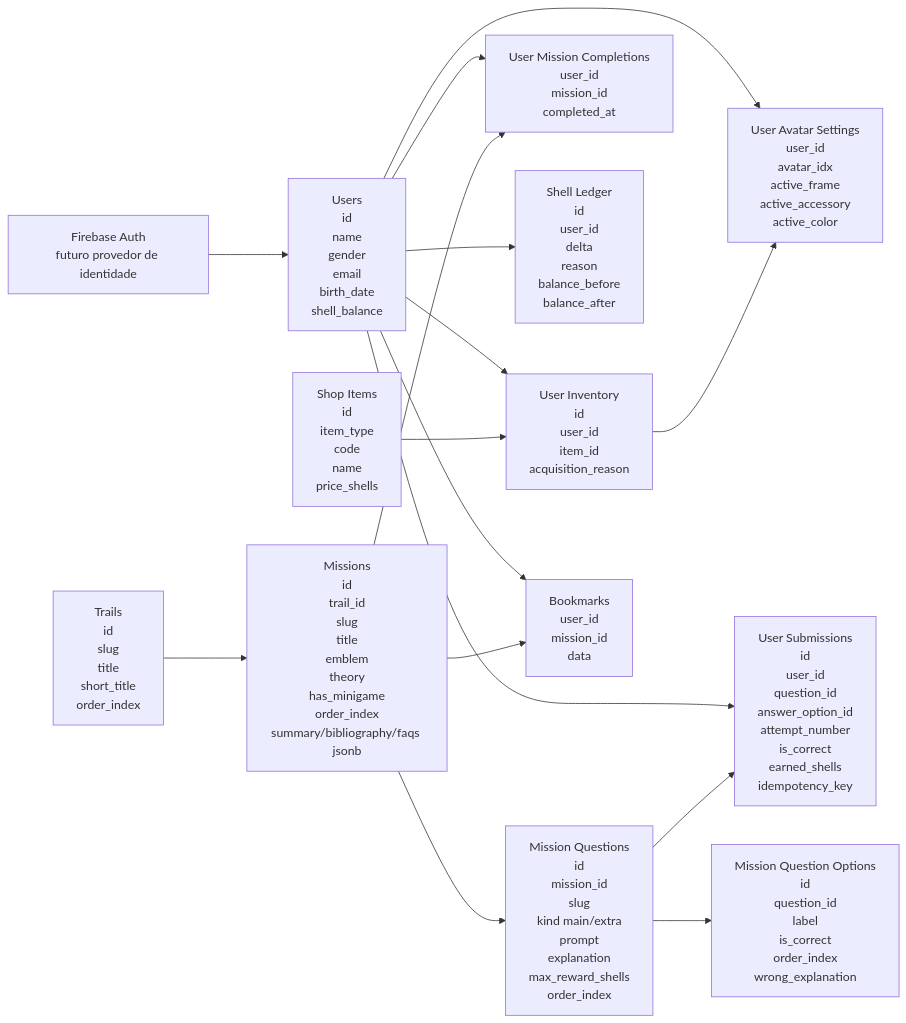
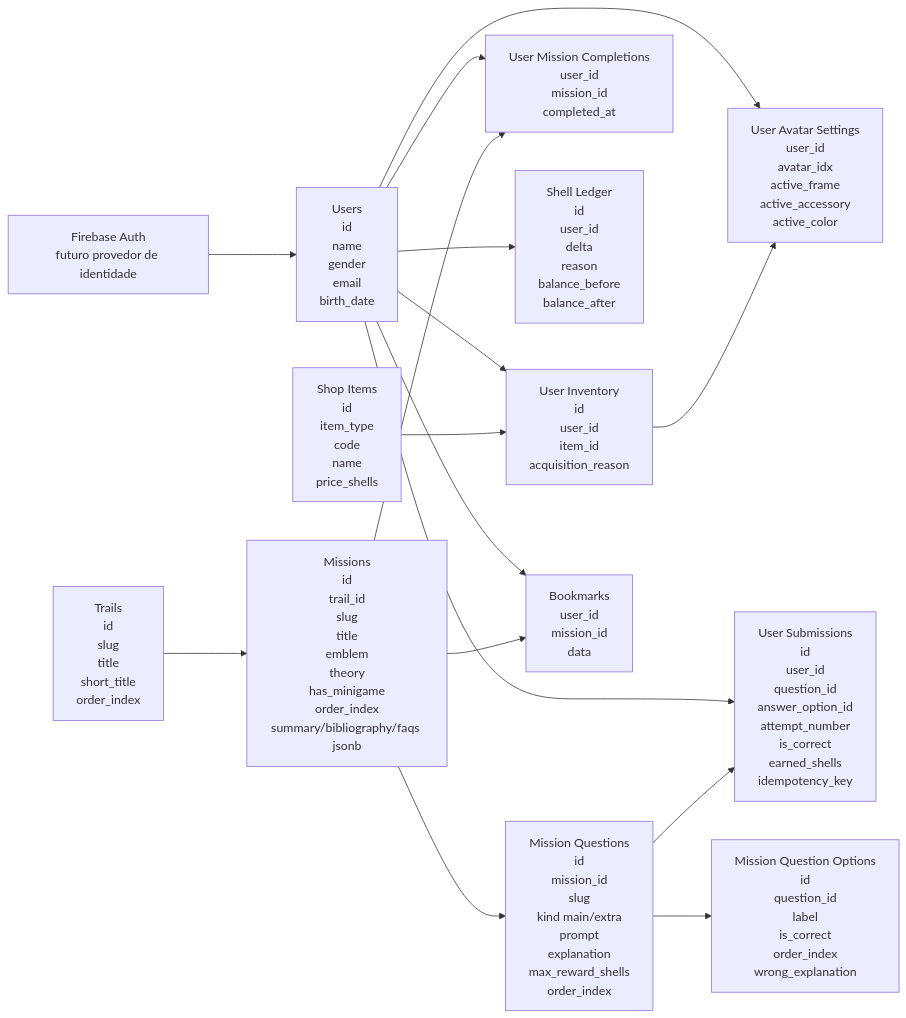
The diagram in README.md (fpcoutinho/tentacle), drawn with Mermaid before and after one commit. The commit also changed other lines of this file and 7 other files, not shown here.

Commit message:
feat: remove shell_balance from user table. shell_balance should be calculated live from shell_ledger to avoid balance mismatch

````diff
--- a/README.md
+++ b/README.md
@@ -60,46 +60,46 @@
 ```mermaid
 flowchart LR
 	FA[Firebase Auth<br/>futuro provedor de identidade]
 
-	U[Users<br/>id<br/>name<br/>gender<br/>email<br/>birth_date<br/>shell_balance]
+	U[Users<br/>id<br/>name<br/>gender<br/>email<br/>birth_date]
 
 	A[User Avatar Settings<br/>user_id<br/>avatar_idx<br/>active_frame<br/>active_accessory<br/>active_color]
 
 	T[Trails<br/>id<br/>slug<br/>title<br/>short_title<br/>order_index]
 
 	M[Missions<br/>id<br/>trail_id<br/>slug<br/>title<br/>emblem<br/>theory<br/>has_minigame<br/>order_index<br/>summary/bibliography/faqs jsonb]
 
 	Q[Mission Questions<br/>id<br/>mission_id<br/>slug<br/>kind main/extra<br/>prompt<br/>explanation<br/>max_reward_shells<br/>order_index]
 
 	O[Mission Question Options<br/>id<br/>question_id<br/>label<br/>is_correct<br/>order_index<br/>wrong_explanation]
 
 	C[User Mission Completions<br/>user_id<br/>mission_id<br/>completed_at]
 
 	S[User Submissions<br/>id<br/>user_id<br/>question_id<br/>answer_option_id<br/>attempt_number<br/>is_correct<br/>earned_shells<br/>idempotency_key]
 
 	L[Shell Ledger<br/>id<br/>user_id<br/>delta<br/>reason<br/>balance_before<br/>balance_after]
 
 	I[Shop Items<br/>id<br/>item_type<br/>code<br/>name<br/>price_shells]
 
 	UI[User Inventory<br/>id<br/>user_id<br/>item_id<br/>acquisition_reason]
 
 	B[Bookmarks<br/>user_id<br/>mission_id<br/>data]
 
 	FA --> U
 	U --> A
 	U --> C
 	U --> S
 	U --> L
 	U --> UI
 	U --> B
 
 	T --> M
 	M --> Q
 	M --> C
 	Q --> O
 	Q --> S
 	M --> B
 
 	I --> UI
 	UI --> A
 ```
````
